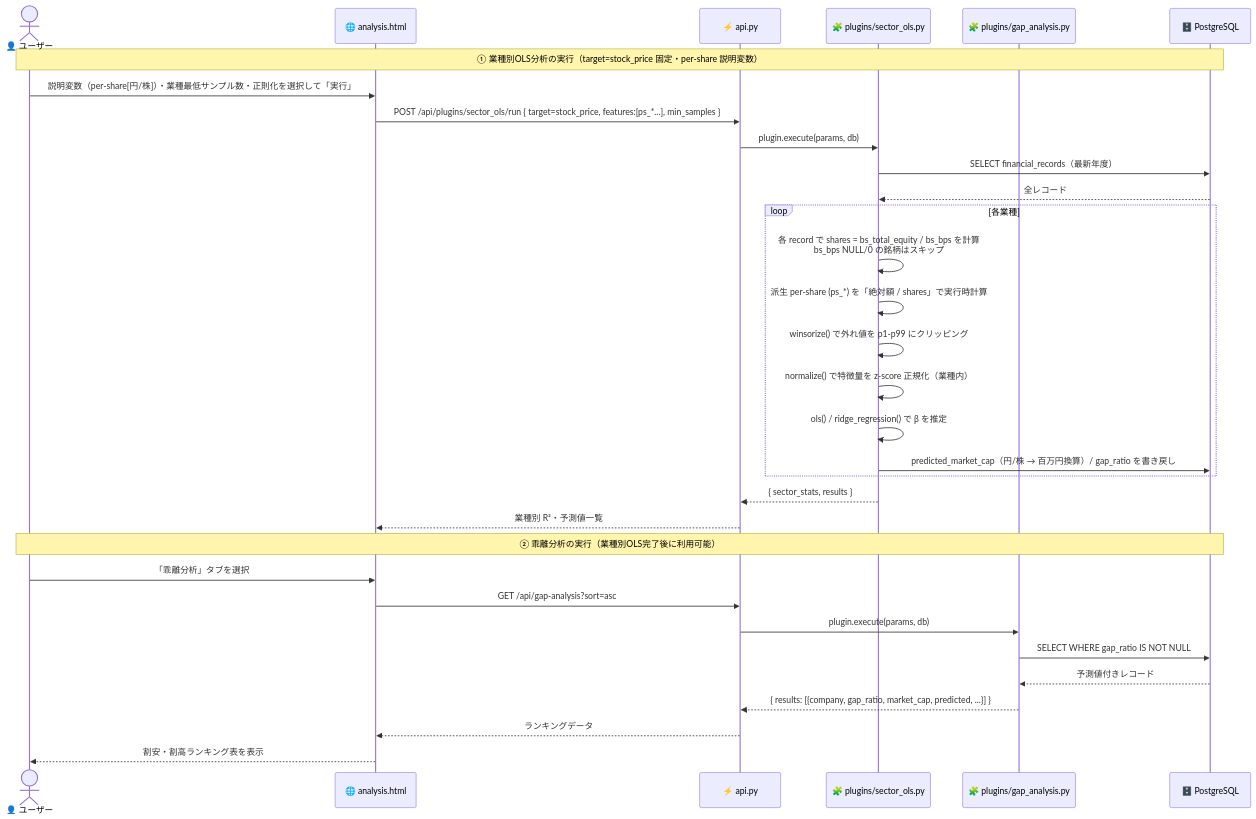
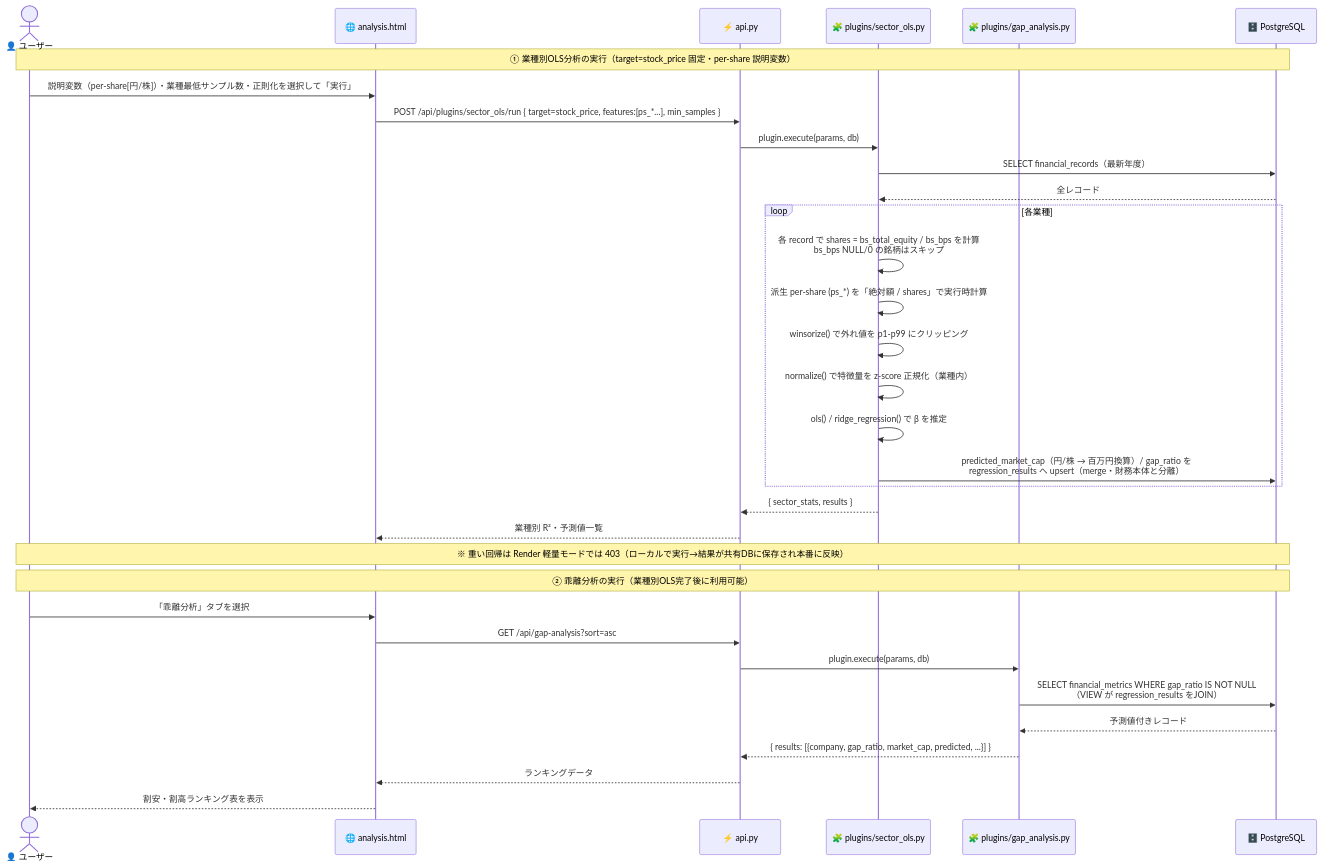
Before and after one commit to kome-kome/financial_app: the sixth of 12 diagrams in docs/ARCHITECTURE.md, drawn with Mermaid. The commit also changed other lines of this file and 16 other files, not shown here.

First line of the commit message:
refactor(db): 計算結果と生データをDB分離（financial_metrics VIEW）＋ローカル/Render実行最適化

````diff
--- a/docs/ARCHITECTURE.md
+++ b/docs/ARCHITECTURE.md
@@ -418,39 +434,41 @@
 ```mermaid
 sequenceDiagram
     actor       User  as 👤 ユーザー
     participant UI    as 🌐 analysis.html
     participant API   as ⚡ api.py
     participant PLG   as 🧩 plugins/sector_ols.py
     participant GAP   as 🧩 plugins/gap_analysis.py
     participant DB    as 🗄️ PostgreSQL
 
     Note over User,DB: ① 業種別OLS分析の実行（target=stock_price 固定・per-share 説明変数）
     User ->> UI  : 説明変数（per-share[円/株]）・業種最低サンプル数・正則化を選択して「実行」
     UI   ->> API : POST /api/plugins/sector_ols/run { target=stock_price, features:[ps_*...], min_samples }
     API  ->> PLG : plugin.execute(params, db)
 
     PLG  ->> DB  : SELECT financial_records（最新年度）
     DB  -->> PLG : 全レコード
 
     loop 各業種
         PLG  ->> PLG : 各 record で shares = bs_total_equity / bs_bps を計算<br/>bs_bps NULL/0 の銘柄はスキップ
         PLG  ->> PLG : 派生 per-share (ps_*) を「絶対額 / shares」で実行時計算
         PLG  ->> PLG : winsorize() で外れ値を p1-p99 にクリッピング
         PLG  ->> PLG : normalize() で特徴量を z-score 正規化（業種内）
         PLG  ->> PLG : ols() / ridge_regression() で β を推定
-        PLG  ->> DB  : predicted_market_cap（円/株 → 百万円換算）/ gap_ratio を書き戻し
+        PLG  ->> DB  : predicted_market_cap（円/株 → 百万円換算）/ gap_ratio を<br/>regression_results へ upsert（merge・財務本体と分離）
     end
 
     PLG -->> API : { sector_stats, results }
     API -->> UI  : 業種別 R²・予測値一覧
 
+    Note over User,DB: ※ 重い回帰は Render 軽量モードでは 403（ローカルで実行→結果が共有DBに保存され本番に反映）
+
     Note over User,DB: ② 乖離分析の実行（業種別OLS完了後に利用可能）
     User ->> UI  : 「乖離分析」タブを選択
     UI   ->> API : GET /api/gap-analysis?sort=asc
     API  ->> GAP : plugin.execute(params, db)
-    GAP  ->> DB  : SELECT WHERE gap_ratio IS NOT NULL
+    GAP  ->> DB  : SELECT financial_metrics WHERE gap_ratio IS NOT NULL<br/>（VIEW が regression_results をJOIN）
     DB  -->> GAP : 予測値付きレコード
     GAP -->> API : { results: [{company, gap_ratio, market_cap, predicted, ...}] }
     API -->> UI  : ランキングデータ
     UI  -->> User: 割安・割高ランキング表を表示
 ```
````
